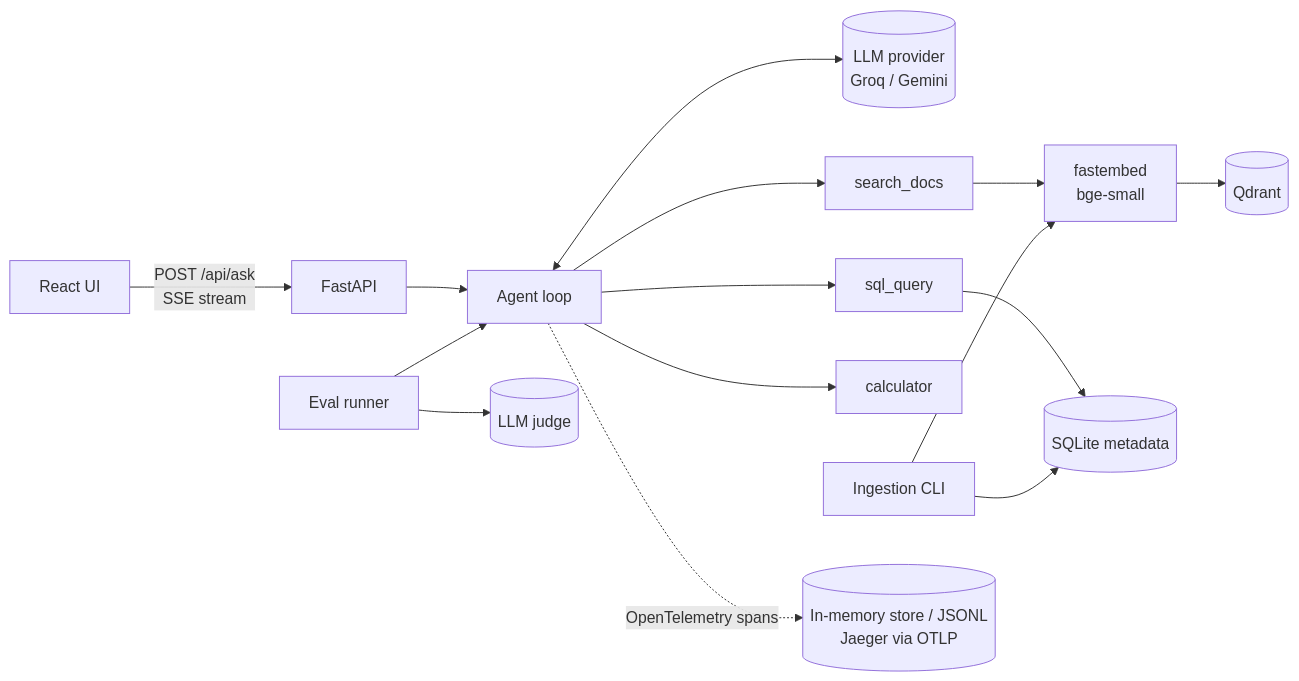
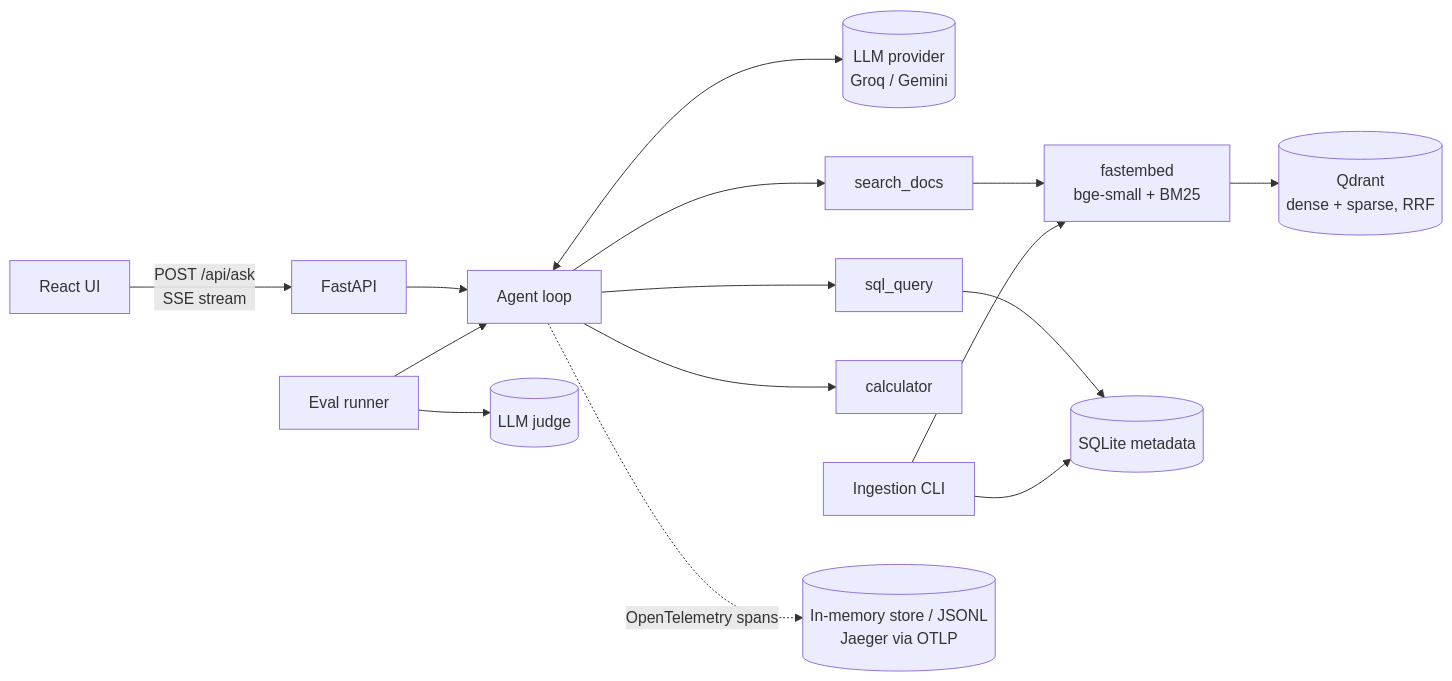
Before and after one commit to sinouw/rag-agent-evals: the diagram in README.md, drawn with Mermaid. The commit also changed other lines of this file and 29 other files, not shown here.

````diff
--- a/README.md
+++ b/README.md
@@ -29,16 +31,16 @@
 ```mermaid
 flowchart LR
   UI[React UI] -- POST /api/ask<br/>SSE stream --> API[FastAPI]
   API --> Agent[Agent loop]
   Agent <--> LLM[(LLM provider<br/>Groq / Gemini)]
   Agent --> T1[search_docs]
   Agent --> T2[sql_query]
   Agent --> T3[calculator]
-  T1 --> Emb[fastembed<br/>bge-small] --> Q[(Qdrant)]
+  T1 --> Emb[fastembed<br/>bge-small + BM25] --> Q[(Qdrant<br/>dense + sparse, RRF)]
   T2 --> DB[(SQLite metadata)]
   Ingest[Ingestion CLI] --> Emb
   Ingest --> DB
   Agent -. OpenTelemetry spans .-> Traces[(In-memory store / JSONL<br/>Jaeger via OTLP)]
   Evals[Eval runner] --> Agent
   Evals --> Judge[(LLM judge)]
 ```
````
